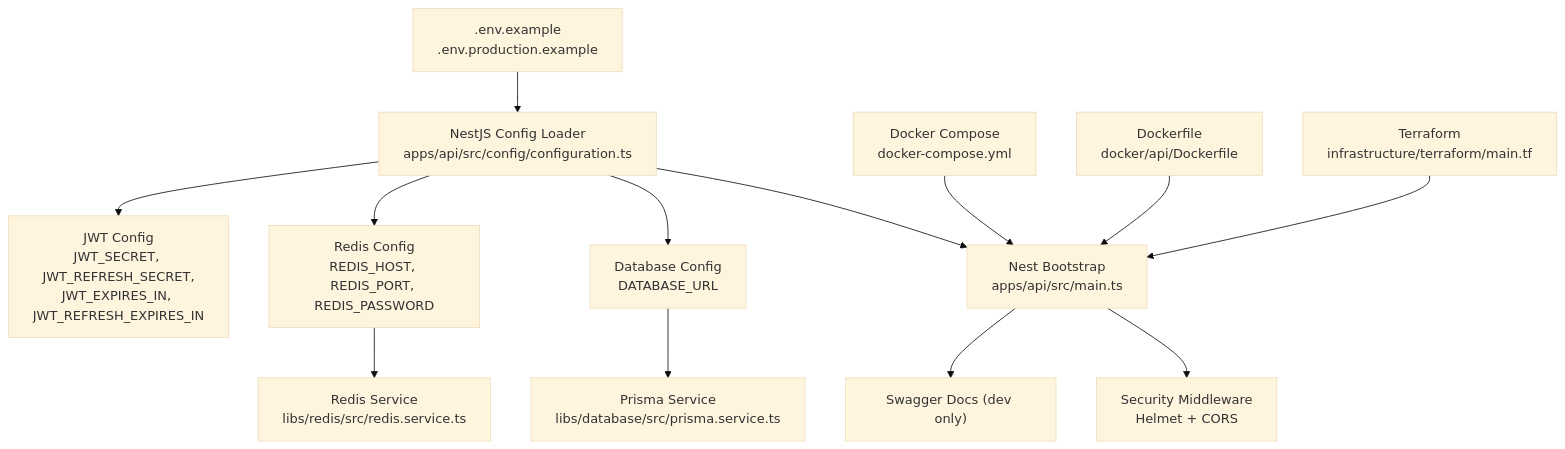
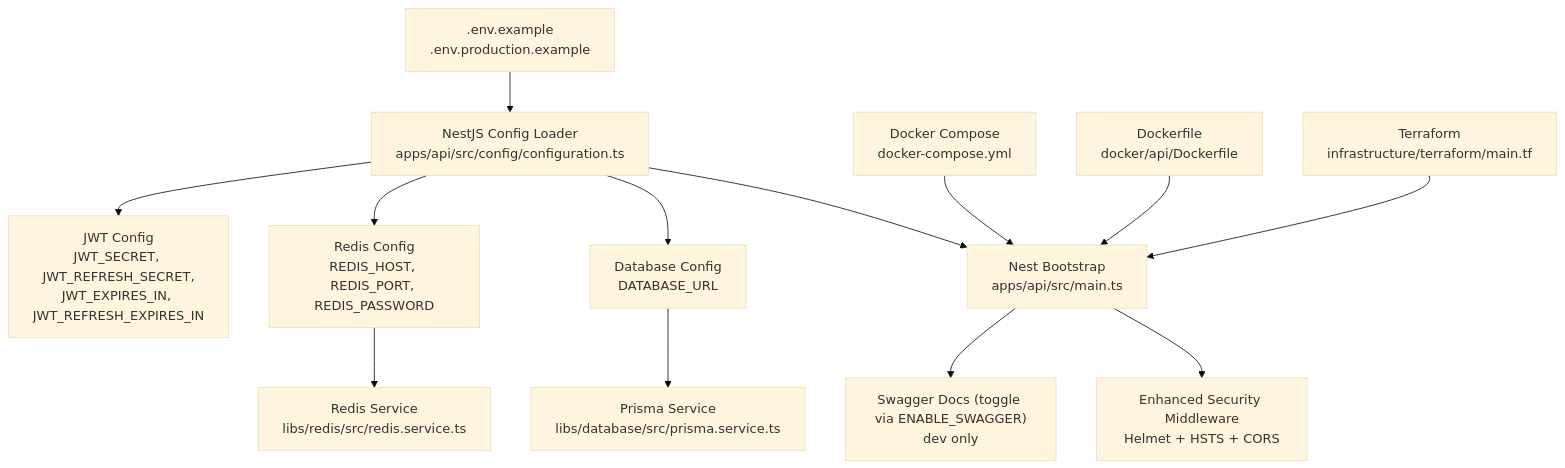
One commit to Avi-Bendetsky/Quiz-to-build changed the first of 3 diagrams in .qoder/repowiki/en/content/Configuration and Environment.md. Above: the diagram before and after it, drawn with Mermaid (base theme). The commit also changed other lines of this file and 41 other files, not shown here.

````diff
--- a/.qoder/repowiki/en/content/Configuration and Environment.md
+++ b/.qoder/repowiki/en/content/Configuration and Environment.md
@@ -45,15 +69,15 @@
 ```mermaid
 graph TB
 EnvExample[".env.example<br/>.env.production.example"] --> ConfigLoader["NestJS Config Loader<br/>apps/api/src/config/configuration.ts"]
 ConfigLoader --> AppMain["Nest Bootstrap<br/>apps/api/src/main.ts"]
-AppMain --> Security["Security Middleware<br/>Helmet + CORS"]
-AppMain --> Swagger["Swagger Docs (dev only)"]
+AppMain --> Security["Enhanced Security Middleware<br/>Helmet + HSTS + CORS"]
+AppMain --> Swagger["Swagger Docs (toggle via ENABLE_SWAGGER)<br/>dev only"]
 ConfigLoader --> DB["Database Config<br/>DATABASE_URL"]
 ConfigLoader --> RedisCfg["Redis Config<br/>REDIS_HOST, REDIS_PORT, REDIS_PASSWORD"]
 ConfigLoader --> JWT["JWT Config<br/>JWT_SECRET, JWT_REFRESH_SECRET,<br/>JWT_EXPIRES_IN, JWT_REFRESH_EXPIRES_IN"]
 DB --> Prisma["Prisma Service<br/>libs/database/src/prisma.service.ts"]
 RedisCfg --> RedisSvc["Redis Service<br/>libs/redis/src/redis.service.ts"]
 DockerCompose["Docker Compose<br/>docker-compose.yml"] --> AppMain
 Dockerfile["Dockerfile<br/>docker/api/Dockerfile"] --> AppMain
 Terraform["Terraform<br/>infrastructure/terraform/main.tf"] --> AppMain
 ```
````
